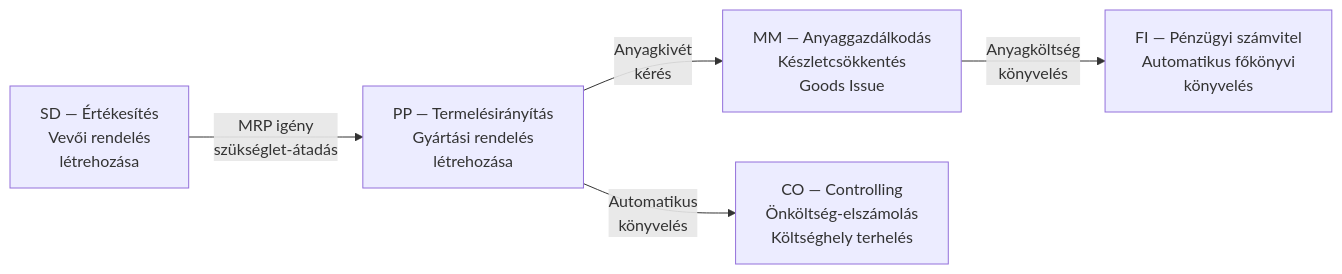
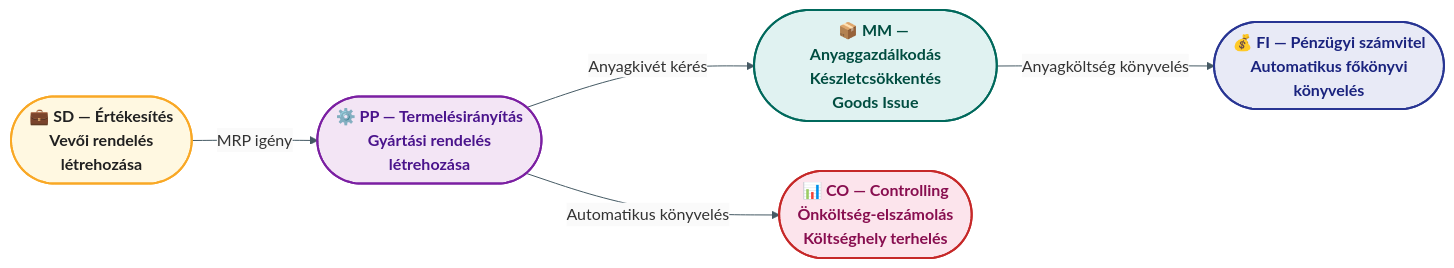
Before and after one commit to denespocsik/MM_BSC_Zarovizsga: the third of 3 diagrams in Tételek/V14-GMXIV2MBLF-SAP S4HANA struktúra és modulok.tétel.md, drawn with Mermaid. The commit also changed other lines of this file and 4 other files, not shown here.

First line of the commit message:
docs(záróvizsga): modernize Mermaid diagrams in V11–V15, enrich GMXIV2MBLF content

````diff
--- a/Tételek/V14-GMXIV2MBLF-SAP S4HANA struktúra és modulok.tétel.md
+++ b/Tételek/V14-GMXIV2MBLF-SAP S4HANA struktúra és modulok.tétel.md
@@ -95,13 +111,20 @@
 ```mermaid
+%%{init: {'theme': 'base', 'themeVariables': {'primaryColor': '#FFF', 'lineColor': '#455A64', 'edgeLabelBackground': '#FAFAFA'}}}%%
 flowchart LR
-    SD["SD — Értékesítés\nVevői rendelés\nlétrehozása"]
-    PP["PP — Termelésirányítás\nGyártási rendelés\nlétrehozása"]
-    MM["MM — Anyaggazdálkodás\nKészletcsökkentés\nGoods Issue"]
-    CO["CO — Controlling\nÖnköltség-elszámolás\nKöltséghely terhelés"]
-    FI["FI — Pénzügyi számvitel\nAutomatikus főkönyvi\nkönyvelés"]
+    classDef sd fill:#FFF8E1,stroke:#F9A825,stroke-width:2px,color:#212121,font-weight:bold
+    classDef pp fill:#F3E5F5,stroke:#7B1FA2,stroke-width:2px,color:#4A148C,font-weight:bold
+    classDef mm fill:#E0F2F1,stroke:#00695C,stroke-width:2px,color:#004D40,font-weight:bold
+    classDef co fill:#FCE4EC,stroke:#C62828,stroke-width:2px,color:#880E4F,font-weight:bold
+    classDef fi fill:#E8EAF6,stroke:#283593,stroke-width:2px,color:#1A237E,font-weight:bold
 
-    SD -->|"MRP igény\nszükséglet-átadás"| PP
-    PP -->|"Anyagkivét\nkérés"| MM
-    PP -->|"Automatikus\nkönyvelés"| CO
-    MM -->|"Anyagköltség\nkönyvelés"| FI
+    SD(["💼 SD — Értékesítés\nVevői rendelés\nlétrehozása"]):::sd
+    PP(["⚙️ PP — Termelésirányítás\nGyártási rendelés\nlétrehozása"]):::pp
+    MM(["📦 MM — Anyaggazdálkodás\nKészletcsökkentés\nGoods Issue"]):::mm
+    CO(["📊 CO — Controlling\nÖnköltség-elszámolás\nKöltséghely terhelés"]):::co
+    FI(["💰 FI — Pénzügyi számvitel\nAutomatikus főkönyvi\nkönyvelés"]):::fi
+
+    SD -->|"MRP igény"| PP
+    PP -->|"Anyagkivét kérés"| MM
+    PP -->|"Automatikus könyvelés"| CO
+    MM -->|"Anyagköltség könyvelés"| FI
 ```
````
